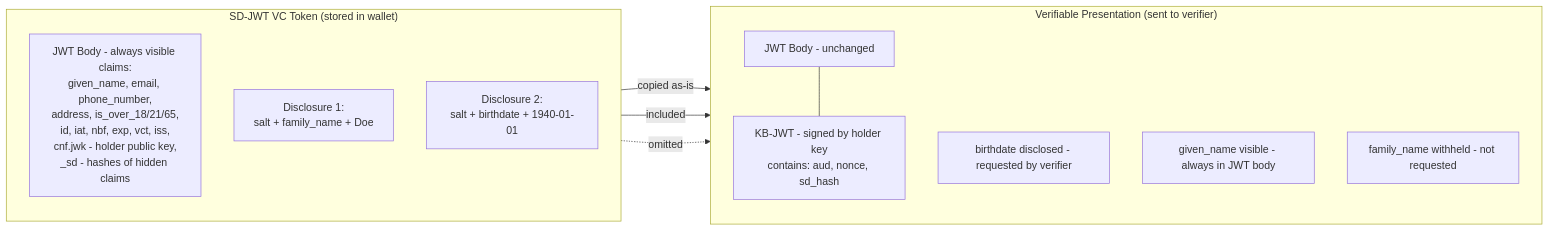
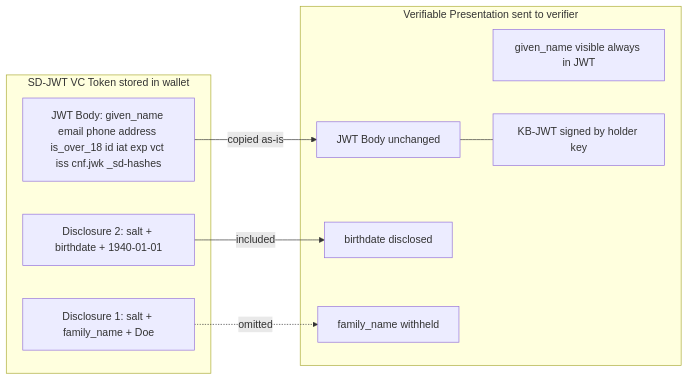
The second of 2 diagrams in local-test/test-sd-jwt-flow.md (sbir3japanlin/waltid-identity), drawn with Mermaid before and after one commit. The commit also changed other lines of this file, not shown here.

Commit message:
fix mermaid: use participant instead of actor, graph instead of flowchart

````diff
--- a/local-test/test-sd-jwt-flow.md
+++ b/local-test/test-sd-jwt-flow.md
@@ -82,23 +82,21 @@
 ```mermaid
-flowchart LR
-    subgraph TOKEN["SD-JWT VC Token (stored in wallet)"]
-        direction TB
-        JWT["JWT Body - always visible claims:\ngiven_name, email, phone_number,\naddress, is_over_18/21/65,\nid, iat, nbf, exp, vct, iss,\ncnf.jwk - holder public key,\n_sd - hashes of hidden claims"]
-        D1["Disclosure 1:\nsalt + family_name + Doe"]
-        D2["Disclosure 2:\nsalt + birthdate + 1940-01-01"]
+graph LR
+    subgraph TOKEN[SD-JWT VC Token stored in wallet]
+        JWT[JWT Body: given_name email phone address is_over_18 id iat exp vct iss cnf.jwk _sd-hashes]
+        D1[Disclosure 1: salt + family_name + Doe]
+        D2[Disclosure 2: salt + birthdate + 1940-01-01]
     end
 
-    subgraph VP["Verifiable Presentation (sent to verifier)"]
-        direction TB
-        P1["JWT Body - unchanged"]
-        P2["birthdate disclosed - requested by verifier"]
-        P3["given_name visible - always in JWT body"]
-        P4["family_name withheld - not requested"]
-        KB["KB-JWT - signed by holder key\ncontains: aud, nonce, sd_hash"]
+    subgraph VP[Verifiable Presentation sent to verifier]
+        P1[JWT Body unchanged]
+        P2[birthdate disclosed]
+        P3[given_name visible always in JWT]
+        P4[family_name withheld]
+        KB[KB-JWT signed by holder key]
     end
 
-    JWT -->|"copied as-is"| P1
-    D2 -->|"included"| P2
-    D1 -.->|"omitted"| P4
+    JWT -->|copied as-is| P1
+    D2 -->|included| P2
+    D1 -.->|omitted| P4
     P1 --- KB
 ```
````
